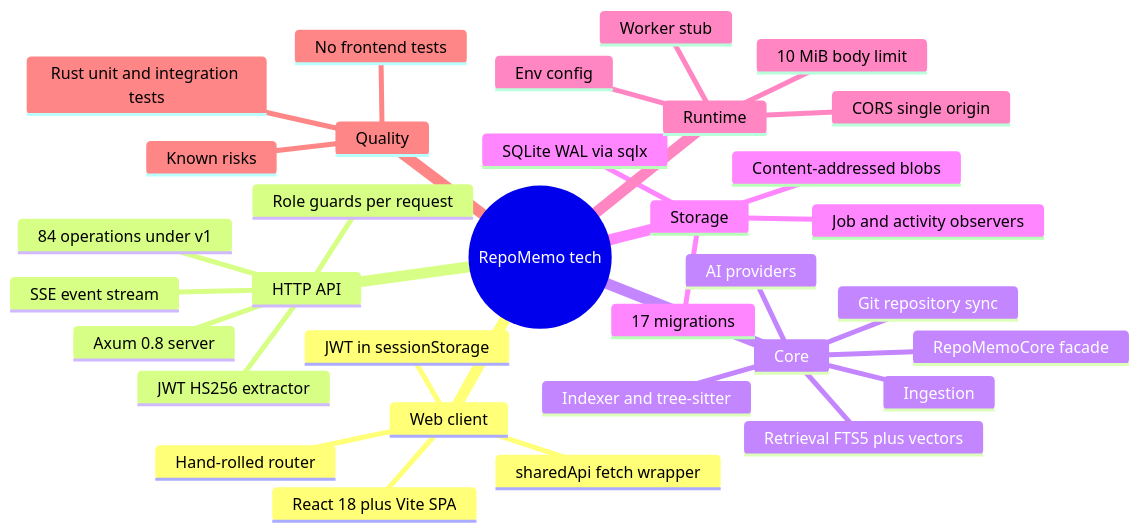
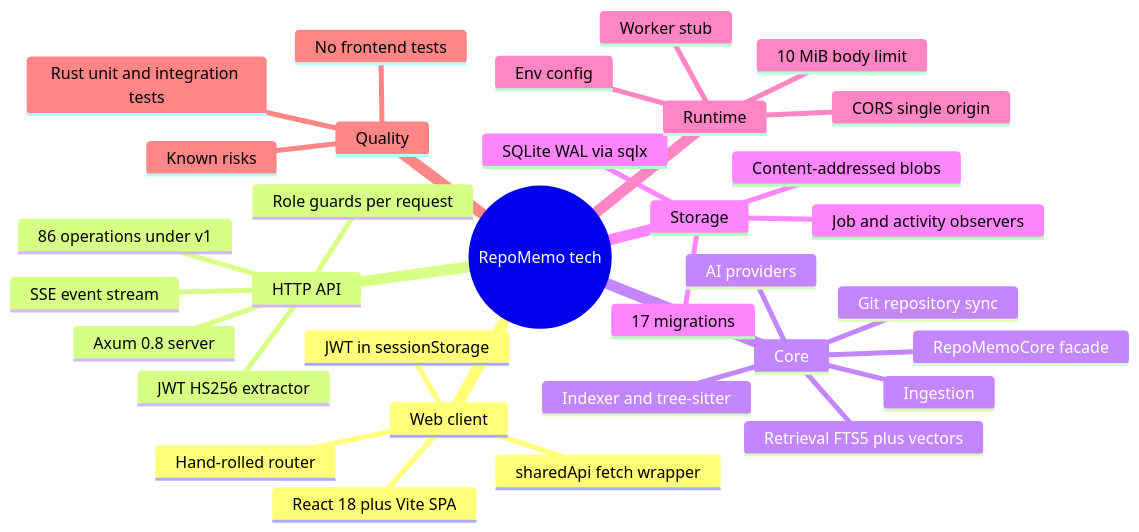
One commit to winksen/RepoMemo changed the first of 6 diagrams in mindmap/TECHNICAL_MINDMAP.md. Above: the diagram before and after it, drawn with Mermaid. The commit also changed other lines of this file and 18 other files, not shown here.

````diff
--- a/mindmap/TECHNICAL_MINDMAP.md
+++ b/mindmap/TECHNICAL_MINDMAP.md
@@ -11,36 +11,36 @@
 ```mermaid
 mindmap
   root((RepoMemo tech))
     Web client
       React 18 plus Vite SPA
       Hand-rolled router
       sharedApi fetch wrapper
       JWT in sessionStorage
     HTTP API
       Axum 0.8 server
-      84 operations under v1
+      86 operations under v1
       JWT HS256 extractor
       Role guards per request
       SSE event stream
     Core
       RepoMemoCore facade
       Ingestion
       Indexer and tree-sitter
       Retrieval FTS5 plus vectors
       Git repository sync
       AI providers
     Storage
       SQLite WAL via sqlx
       17 migrations
       Content-addressed blobs
       Job and activity observers
     Runtime
       Env config
       CORS single origin
       10 MiB body limit
       Worker stub
     Quality
       Rust unit and integration tests
       No frontend tests
       Known risks
 ```
````
